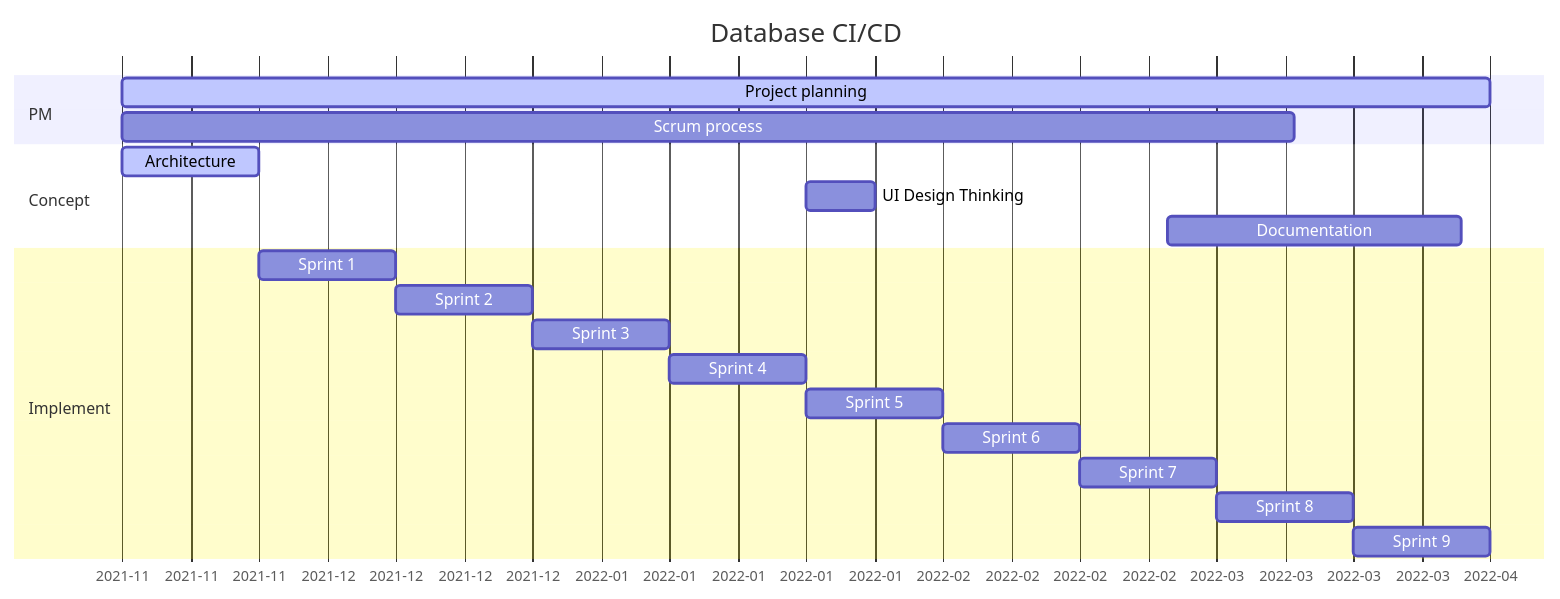
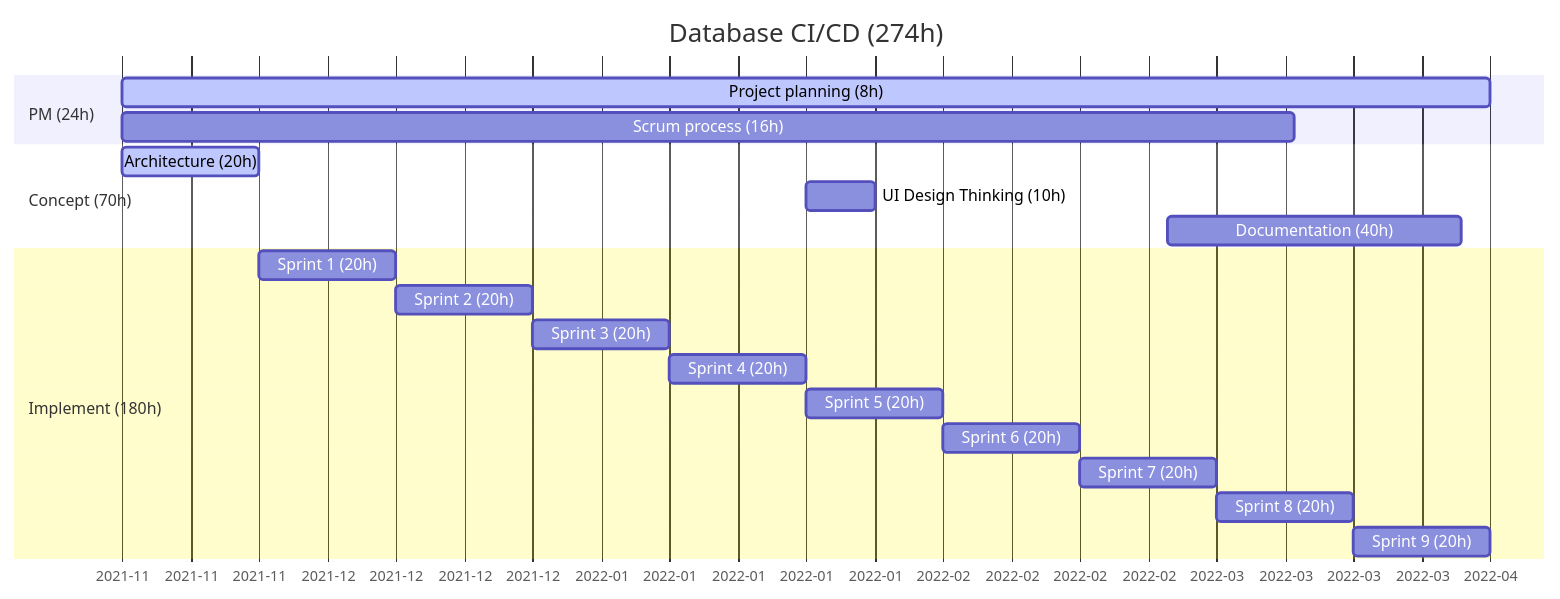
Before and after one commit to rtdi/AppContainer: the diagram in docs/002 - Projectplan.md, drawn with Mermaid. The commit also changed other lines of this file, not shown here.

Commit message:
Update 002 - Projectplan.md

````diff
--- a/docs/002 - Projectplan.md
+++ b/docs/002 - Projectplan.md
@@ -8,23 +8,23 @@
 ```mermaid
 gantt
-    title Database CI/CD
+    title Database CI/CD (274h)
     dateFormat  YYYY-MM-DD
     axisFormat  %Y-%m
-    section PM
-        Project planning            :active,    PP,          2021-11-14,          140d
-        Scrum process               :           SCRUM,       2021-11-14,          120d
-    section Concept
-        Architecture                :active,    ARCH,        2021-11-14,           14d
-        UI Design Thinking          :           UI,          after SPRINT04,        7d
-        Documentation               :           DOC,         2022-03-01,           30d
-    section Implement
-        Sprint 1                    :           SPRINT01,    after ARCH,           14d
-        Sprint 2                    :           SPRINT02,    after SPRINT01,       14d
-        Sprint 3                    :           SPRINT03,    after SPRINT02,       14d
-        Sprint 4                    :           SPRINT04,    after SPRINT03,       14d
-        Sprint 5                    :           SPRINT05,    after SPRINT04,       14d
-        Sprint 6                    :           SPRINT06,    after SPRINT05,       14d
-        Sprint 7                    :           SPRINT07,    after SPRINT06,       14d
-        Sprint 8                    :           SPRINT08,    after SPRINT07,       14d
-        Sprint 9                    :           SPRINT09,    after SPRINT08,       14d
+    section PM (24h)
+        Project planning (8h)             :active,    PP,          2021-11-14,          140d
+        Scrum process (16h)               :           SCRUM,       2021-11-14,          120d
+    section Concept (70h)
+        Architecture (20h)                :active,    ARCH,        2021-11-14,           14d
+        UI Design Thinking (10h)          :           UI,          after SPRINT04,        7d
+        Documentation (40h)               :           DOC,         2022-03-01,           30d
+    section Implement (180h)
+        Sprint 1 (20h)                    :           SPRINT01,    after ARCH,           14d
+        Sprint 2 (20h)                    :           SPRINT02,    after SPRINT01,       14d
+        Sprint 3 (20h)                    :           SPRINT03,    after SPRINT02,       14d
+        Sprint 4 (20h)                    :           SPRINT04,    after SPRINT03,       14d
+        Sprint 5 (20h)                    :           SPRINT05,    after SPRINT04,       14d
+        Sprint 6 (20h)                    :           SPRINT06,    after SPRINT05,       14d
+        Sprint 7 (20h)                    :           SPRINT07,    after SPRINT06,       14d
+        Sprint 8 (20h)                    :           SPRINT08,    after SPRINT07,       14d
+        Sprint 9 (20h)                    :           SPRINT09,    after SPRINT08,       14d
 ```
````
